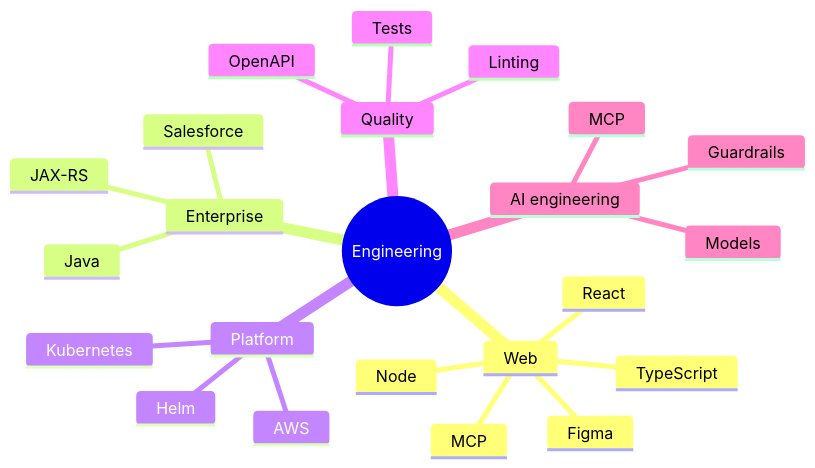
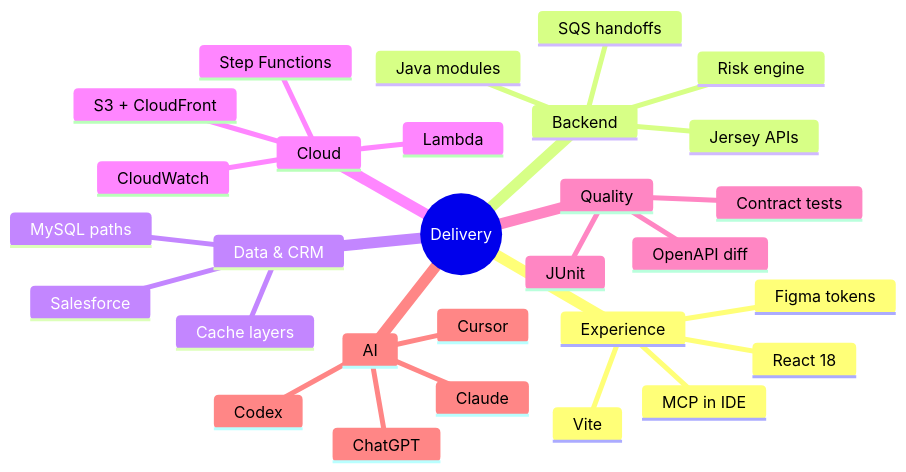
The fifth of 7 diagrams in README.md (tomm1990/tomm1990), drawn with Mermaid before and after one commit. The commit also changed other lines of this file, not shown here.

First line of the commit message:
docs(profile): rich mock Mermaid demos and live-widget labels

````diff
--- a/README.md
+++ b/README.md
@@ -177,26 +223,32 @@
 ```mermaid
 mindmap
-  root((Engineering))
-    Web
-      React
-      TypeScript
-      Figma
-      MCP
-      Node
-    Enterprise
-      Java
-      JAX-RS
+  root((Delivery))
+    Experience
+      React 18
+      Vite
+      Figma tokens
+      MCP in IDE
+    Backend
+      Java modules
+      Jersey APIs
+      Risk engine
+      SQS handoffs
+    Data & CRM
       Salesforce
-    Platform
-      AWS
-      Kubernetes
-      Helm
+      MySQL paths
+      Cache layers
+    Cloud
+      Lambda
+      Step Functions
+      CloudWatch
+      S3 + CloudFront
     Quality
-      Tests
-      Linting
-      OpenAPI
-    AI engineering
-      Models
-      Guardrails
-      MCP
+      JUnit
+      Contract tests
+      OpenAPI diff
+    AI
+      Cursor
+      Codex
+      Claude
+      ChatGPT
 ```
````
